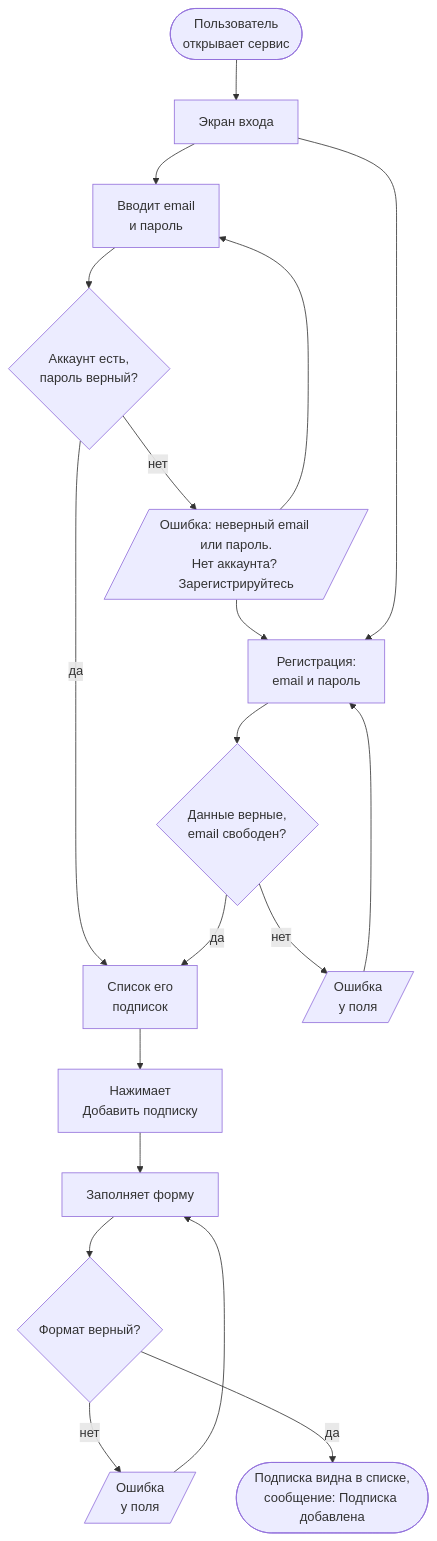
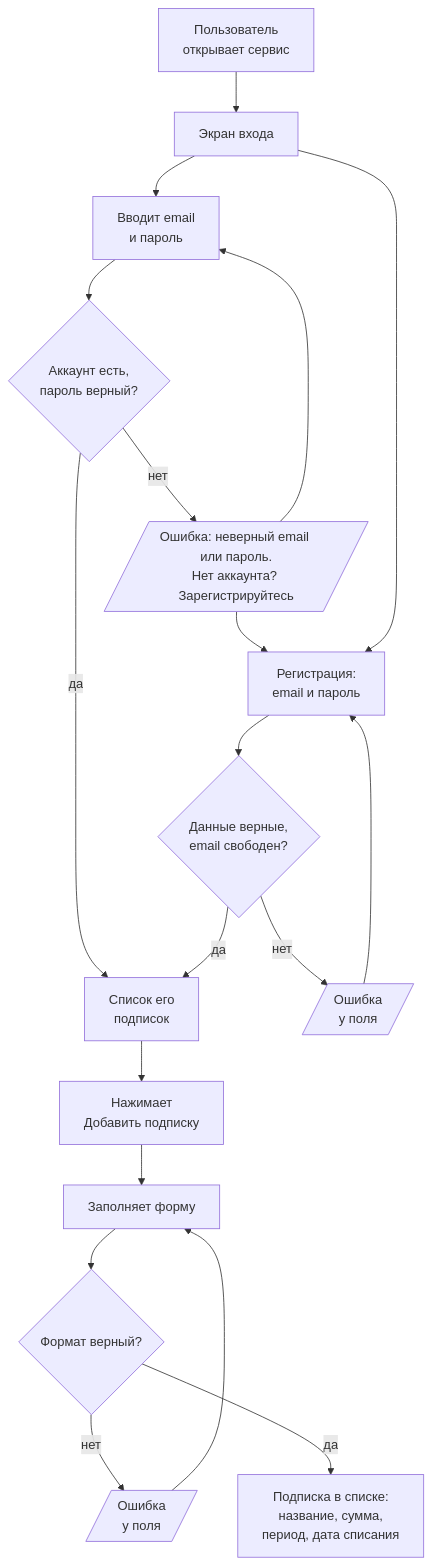
One commit to kio-011/subtracker changed the diagram in frontend/scenario.md. Above: the diagram before and after it, drawn with Mermaid. The commit also changed other lines of this file and 1 other file, not shown here.

Commit message:
Result of scenario is the visible list; no separate subscription page

````diff
--- a/frontend/scenario.md
+++ b/frontend/scenario.md
@@ -12,21 +12,21 @@
 ```mermaid
 flowchart TD
-    A([Пользователь<br/>открывает сервис]) --> B[Экран входа]
+    A[Пользователь<br/>открывает сервис] --> B[Экран входа]
     B --> C[Вводит email<br/>и пароль]
     C --> D{Аккаунт есть,<br/>пароль верный?}
     D -- нет --> E[/Ошибка: неверный email или пароль.<br/>Нет аккаунта? Зарегистрируйтесь/]
     E --> C
     D -- да --> L[Список его<br/>подписок]
     E --> R
     B --> R[Регистрация:<br/>email и пароль]
     R --> R2{Данные верные,<br/>email свободен?}
     R2 -- нет --> R3[/Ошибка<br/>у поля/]
     R3 --> R
     R2 -- да --> L
     L --> N[Нажимает<br/>Добавить подписку]
     N --> O[Заполняет форму]
     O --> Q{Формат верный?}
     Q -- нет --> Q1[/Ошибка<br/>у поля/]
     Q1 --> O
-    Q -- да --> U([Подписка видна в списке,<br/>сообщение: Подписка добавлена])
+    Q -- да --> U[Подписка в списке:<br/>название, сумма,<br/>период, дата списания]
 ```
````
